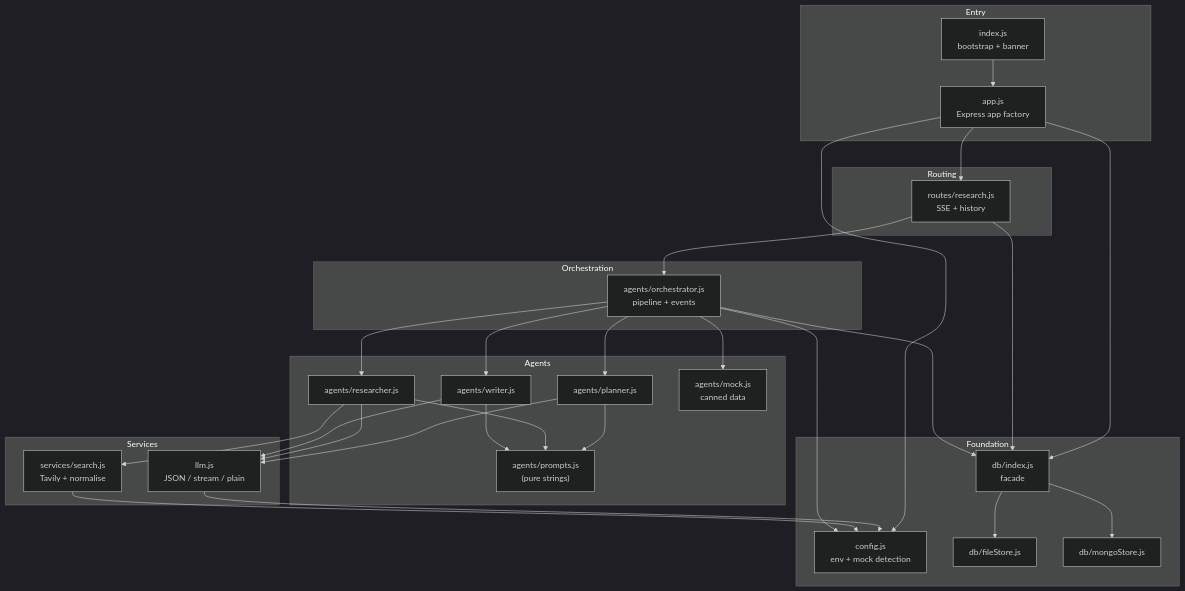
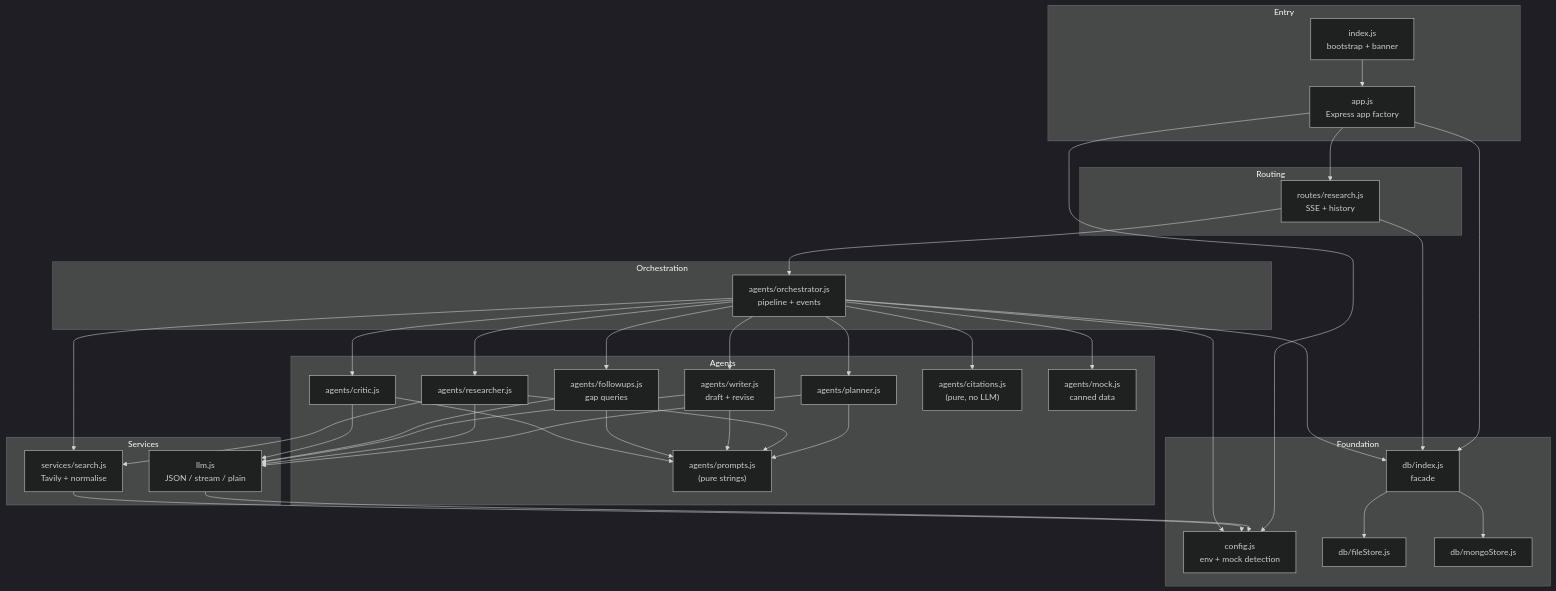
One commit to AlphaBeast97/deep-research-ai-platform changed the second of 16 diagrams in docs/ARCHITECTURE.md. Above: the diagram before and after it, drawn with Mermaid (dark theme). The commit also changed other lines of this file and 1 other file, not shown here.

First line of the commit message:
docs: align README and architecture record with the six-phase pipeline

````diff
--- a/docs/ARCHITECTURE.md
+++ b/docs/ARCHITECTURE.md
@@ -198,51 +199,60 @@
 ```mermaid
 flowchart TD
     subgraph Entry
         IDX["index.js<br/>bootstrap + banner"]
         APP["app.js<br/>Express app factory"]
     end
     subgraph Routing
         ROUTES["routes/research.js<br/>SSE + history"]
     end
     subgraph Orchestration
         ORCH["agents/orchestrator.js<br/>pipeline + events"]
     end
     subgraph Agents
         PLAN["agents/planner.js"]
         RES["agents/researcher.js"]
-        WRITE["agents/writer.js"]
+        WRITE["agents/writer.js<br/>draft + revise"]
+        FOLLOW["agents/followups.js<br/>gap queries"]
+        CRIT["agents/critic.js"]
+        CITE["agents/citations.js<br/>(pure, no LLM)"]
         PROMPT["agents/prompts.js<br/>(pure strings)"]
         MOCK["agents/mock.js<br/>canned data"]
     end
     subgraph Services
         LLM["llm.js<br/>JSON / stream / plain"]
         SEARCH["services/search.js<br/>Tavily + normalise"]
     end
     subgraph Foundation
         CFG["config.js<br/>env + mock detection"]
         DB["db/index.js<br/>facade"]
         FS["db/fileStore.js"]
         MG["db/mongoStore.js"]
     end
 
     IDX --> APP
     APP --> ROUTES
     APP --> CFG
     APP --> DB
     ROUTES --> ORCH
     ROUTES --> DB
     ORCH --> PLAN & RES & WRITE
+    ORCH --> FOLLOW & CRIT & CITE
     ORCH --> MOCK
     ORCH --> DB
     PLAN --> LLM
     RES --> LLM
     WRITE --> LLM
+    FOLLOW --> LLM
+    CRIT --> LLM
     PLAN --> PROMPT
     RES --> PROMPT
     WRITE --> PROMPT
+    FOLLOW --> PROMPT
+    CRIT --> PROMPT
     RES --> SEARCH
+    ORCH --> SEARCH
     DB --> FS & MG
     LLM --> CFG
     SEARCH --> CFG
     ORCH --> CFG
 ```
````
